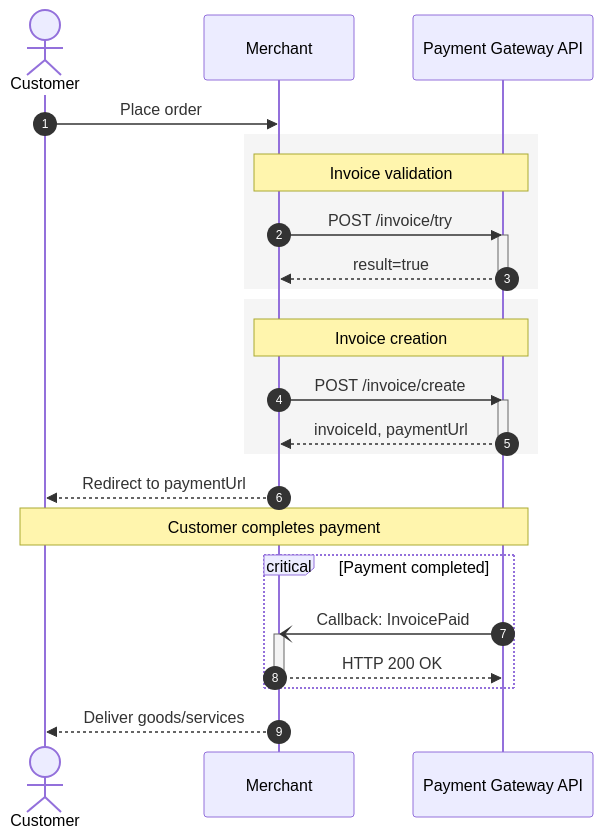
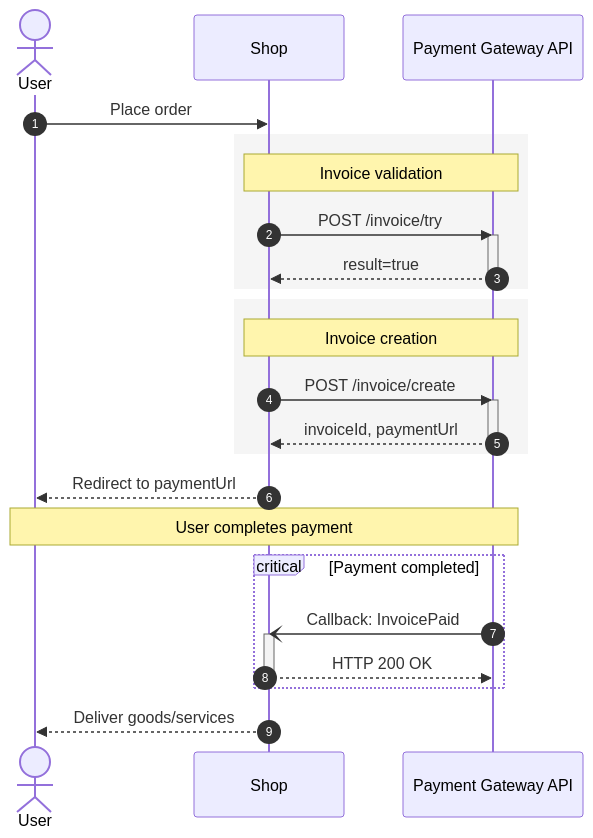
Before and after one commit to stereohead87/Documentation: the first of 2 diagrams in invoice-create.mdx, drawn with Mermaid. The commit also changed other lines of this file and 1 other file, not shown here.

````diff
--- a/invoice-create.mdx
+++ b/invoice-create.mdx
@@ -13,49 +13,49 @@
 ```mermaid
 sequenceDiagram
     autonumber
 
-    actor Customer
-    participant Merchant
-    participant Gateway as Payment Gateway API
+    actor U as User
+    participant S as Shop
+    participant PG as Payment Gateway API
 
-    Customer->>Merchant: Place order
+    U->>S: Place order
 
     rect rgb(245,245,245)
-        Note over Merchant,Gateway: Invoice validation
+        Note over S,PG: Invoice validation
 
-        Merchant->>Gateway: POST /invoice/try
-        activate Gateway
+        S->>PG: POST /invoice/try
+        activate PG
 
-        Gateway-->>Merchant: result=true
+        PG-->>S: result=true
 
-        deactivate Gateway
+        deactivate PG
     end
 
     rect rgb(245,245,245)
-        Note over Merchant,Gateway: Invoice creation
+        Note over S,PG: Invoice creation
 
-        Merchant->>Gateway: POST /invoice/create
-        activate Gateway
+        S->>PG: POST /invoice/create
+        activate PG
 
-        Gateway-->>Merchant: invoiceId, paymentUrl
+        PG-->>S: invoiceId, paymentUrl
 
-        deactivate Gateway
+        deactivate PG
     end
 
-    Merchant-->>Customer: Redirect to paymentUrl
+    S-->>U: Redirect to paymentUrl
 
-    Note over Customer,Gateway: Customer completes payment
+    Note over U,PG: User completes payment
 
     critical Payment completed
 
-        Gateway-)Merchant: Callback: InvoicePaid
-        activate Merchant
+        PG-)S: Callback: InvoicePaid
+        activate S
 
-        Merchant-->>Gateway: HTTP 200 OK
+        S-->>PG: HTTP 200 OK
 
-        deactivate Merchant
+        deactivate S
 
     end
 
-    Merchant-->>Customer: Deliver goods/services
+    S-->>U: Deliver goods/services
 ```
````
